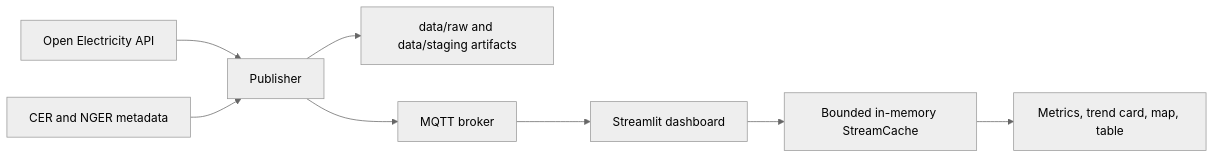
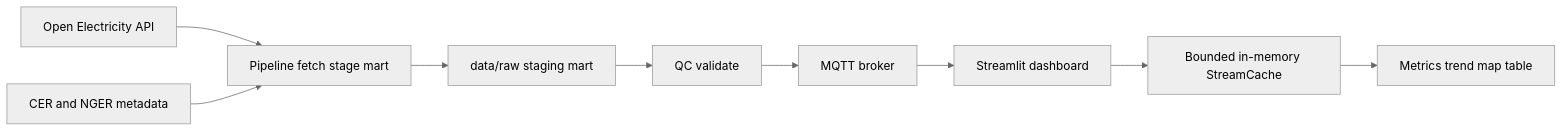
One commit to arhawk/NEM-Monitoring-Dashboard changed the diagram in README.md. Above: the diagram before and after it, drawn with Mermaid (neutral theme). The commit also changed other lines of this file and 32 other files, not shown here.

````diff
--- a/README.md
+++ b/README.md
@@ -70,10 +91,11 @@
 ```mermaid
 flowchart LR
-  A[Open Electricity API] --> P[Publisher]
+  A[Open Electricity API] --> P[Pipeline fetch stage mart]
   B[CER and NGER metadata] --> P
-  P --> C[data/raw and data/staging artifacts]
-  P --> M[MQTT broker]
+  P --> C[data/raw staging mart]
+  C --> V[QC validate]
+  V --> M[MQTT broker]
   M --> D[Streamlit dashboard]
   D --> S[Bounded in-memory StreamCache]
-  S --> V[Metrics, trend card, map, table]
+  S --> U[Metrics trend map table]
 ```
````
